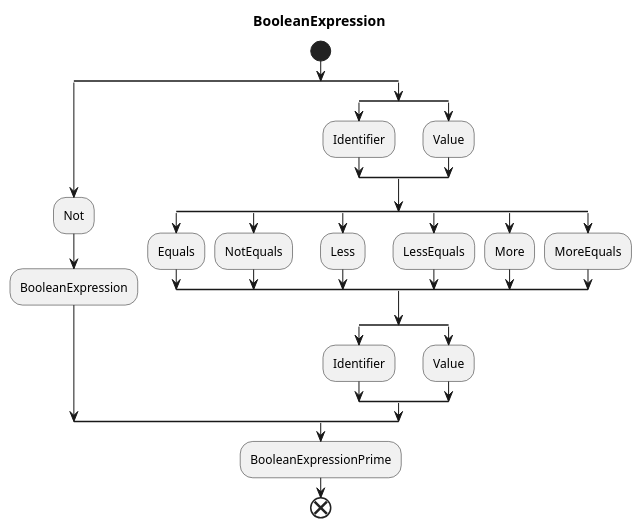
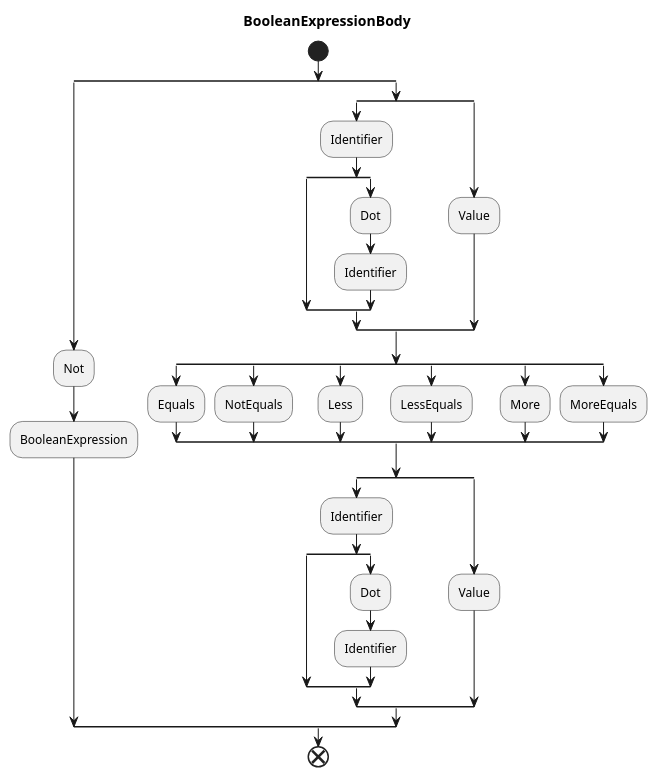
One commit to lichterberci/rust_learning changed the fourth of 5 diagrams in dbms/query_lang_compiler_notes.md. Above: the diagram before and after it, drawn with PlantUML. The commit also changed other lines of this file, not shown here.

Commit message:
finished boolean expressions

````diff
--- a/dbms/query_lang_compiler_notes.md
+++ b/dbms/query_lang_compiler_notes.md
@@ -126,36 +152,45 @@
 ```puml
 @startuml boolean expression
-title BooleanExpression
-start 
+title BooleanExpressionBody
+start
 split
 :Not;
 :BooleanExpression;
 split again
 split
 :Identifier;
+split
+split again
+:Dot;
+:Identifier;
+end split
 split again 
 :Value;
 end split
 split
 :Equals;
 split again
 :NotEquals;
 split again
 :Less;
 split again
 :LessEquals;
 split again
 :More;
 split again
 :MoreEquals;
 end split
 split
 :Identifier;
+split
+split again
+:Dot;
+:Identifier;
+end split
 split again 
 :Value;
 end split
 end split
-:BooleanExpressionPrime;
 end
 @enduml
 ```
````
